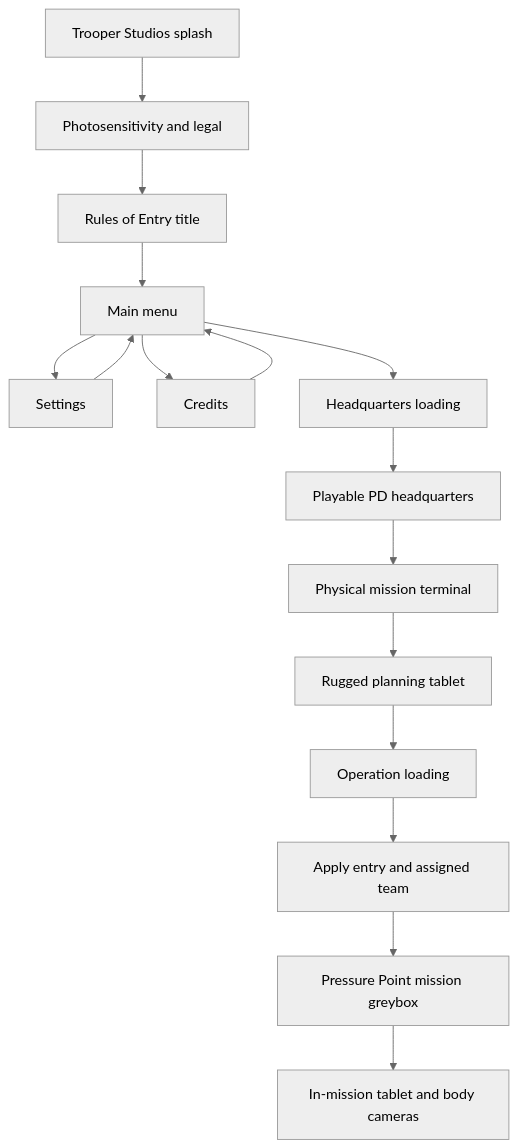
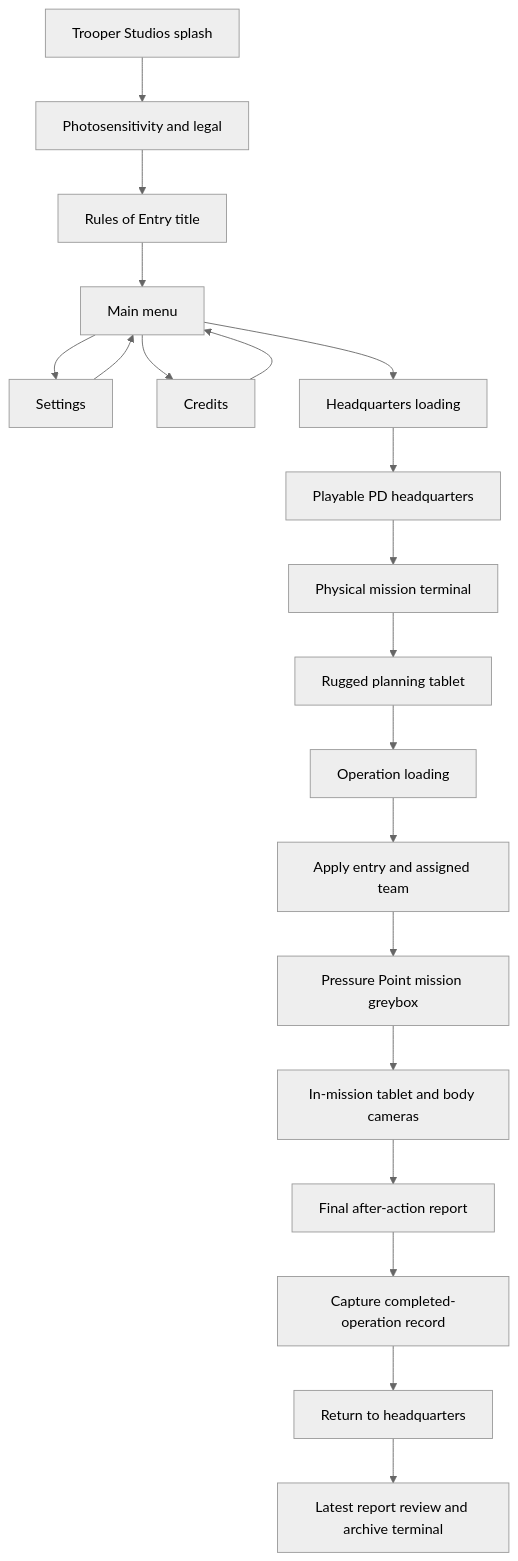
One commit to jaychase464-maker/RoE-v3 changed the diagram in SYSTEM_MAP.md. Above: the diagram before and after it, drawn with Mermaid (neutral theme). The commit also changed other lines of this file and 30 other files, not shown here.

Commit message:
Complete Milestone 7C operation closure and headquarters return

````diff
--- a/SYSTEM_MAP.md
+++ b/SYSTEM_MAP.md
@@ -51,18 +60,22 @@
 ```mermaid
 flowchart TD
     Splash[Trooper Studios splash] --> Warning[Photosensitivity and legal]
     Warning --> Title[Rules of Entry title]
     Title --> Menu[Main menu]
     Menu --> Settings[Settings]
     Menu --> Credits[Credits]
     Settings --> Menu
     Credits --> Menu
     Menu --> HubLoad[Headquarters loading]
     HubLoad --> HQ[Playable PD headquarters]
     HQ --> Terminal[Physical mission terminal]
     Terminal --> Tablet[Rugged planning tablet]
     Tablet --> MissionLoad[Operation loading]
     MissionLoad --> Deploy[Apply entry and assigned team]
     Deploy --> Prototype[Pressure Point mission greybox]
     Prototype --> OpTablet[In-mission tablet and body cameras]
+    OpTablet --> FinalReport[Final after-action report]
+    FinalReport --> Record[Capture completed-operation record]
+    Record --> HQReturn[Return to headquarters]
+    HQReturn --> Archive[Latest report review and archive terminal]
 ```
````
